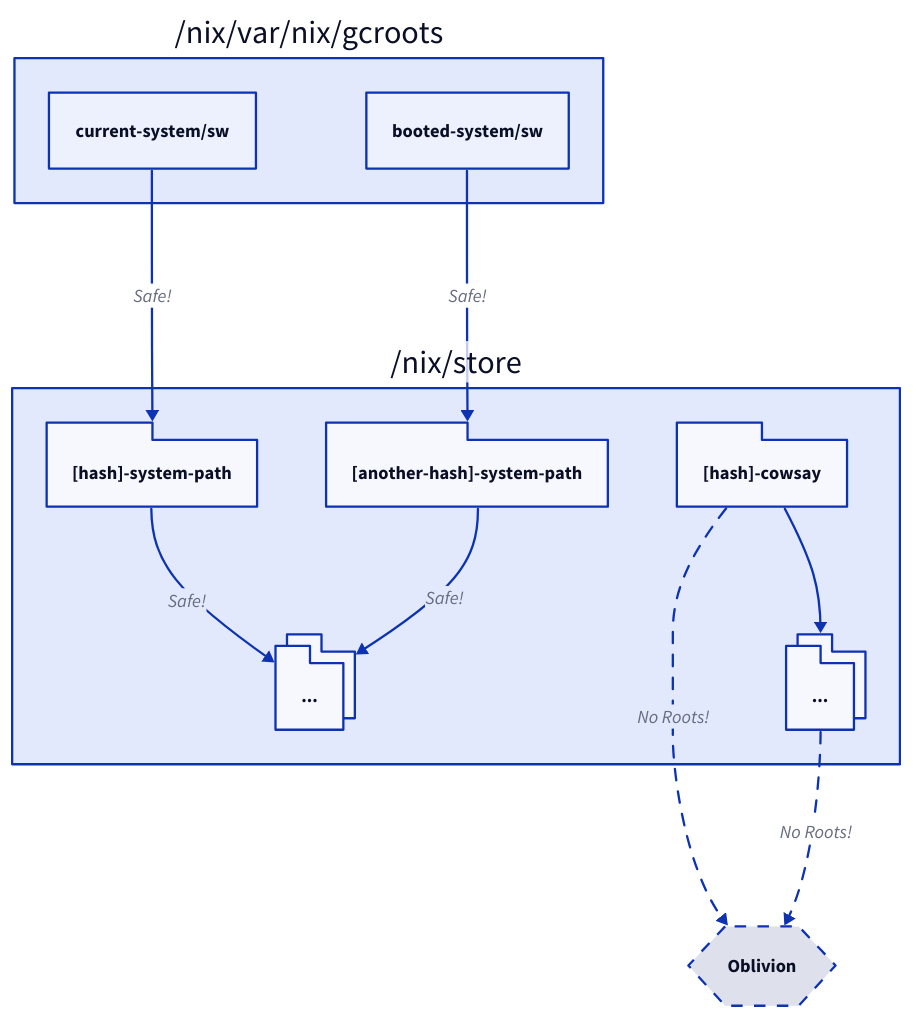
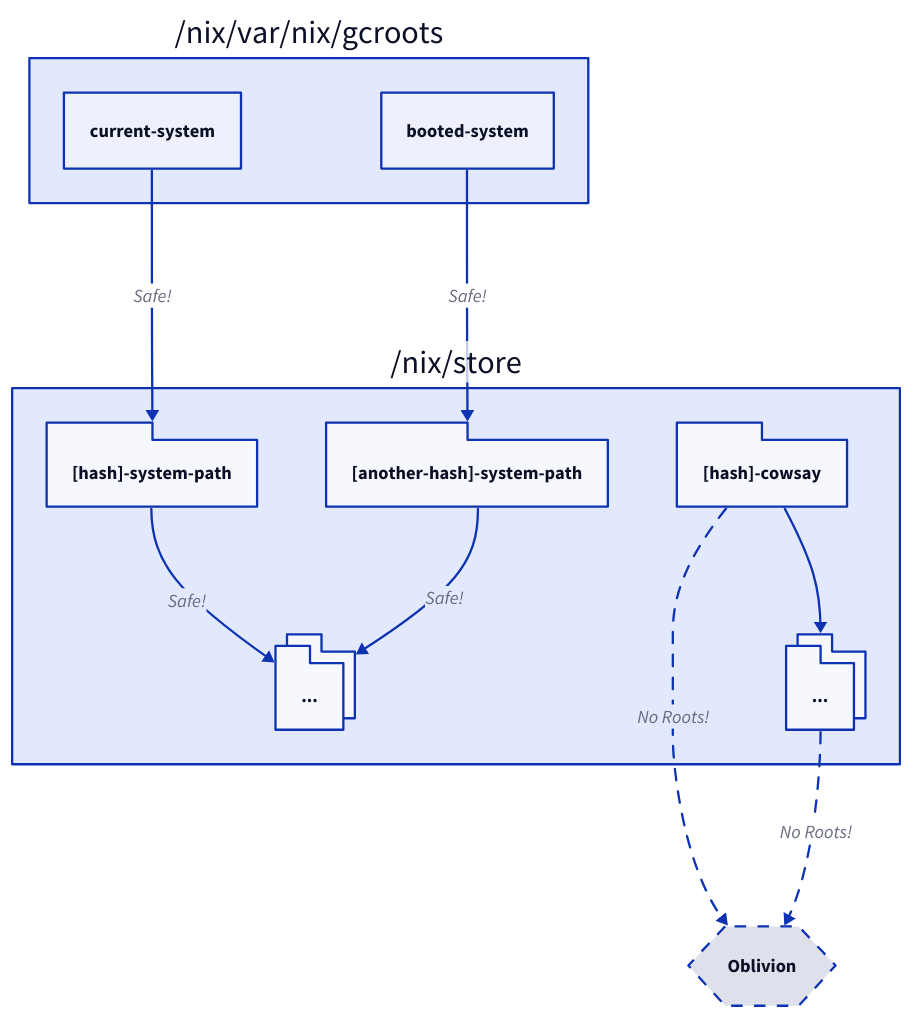
Before and after one commit to Bwc9876/dgang: the eighth of 8 diagrams in src/content/docs/chapters/5.mdx, drawn with D2. The commit also changed other lines of this file and 4 other files, not shown here.

````diff
--- a/src/content/docs/chapters/5.mdx
+++ b/src/content/docs/chapters/5.mdx
@@ -319,36 +313,36 @@
 ```d2
 "/nix/var/nix/gcroots": {
-  "current-system/sw"
-  "booted-system/sw"
+  "current-system"
+  "booted-system"
 }
 
 "/nix/store": {
   "[hash]-system-path": { shape: package }
   "[another-hash]-system-path": { shape: package }
   "[hash]-cowsay": { shape: package }
 
   "..." { 
     shape: package 
     style.multiple: true
   }
 
   ad: "..." { 
     shape: package 
     style.multiple: true
   }
 
   "[hash]-system-path" -> "...": Safe!
   "[another-hash]-system-path" -> "...": Safe!
   "[hash]-cowsay" -> ad
 }
 
 "Oblivion": { 
   shape: hexagon 
   style.stroke-dash: 5
 }
 
-"/nix/var/nix/gcroots"."current-system/sw" -> "/nix/store"."[hash]-system-path": Safe!
-"/nix/var/nix/gcroots"."booted-system/sw" -> "/nix/store"."[another-hash]-system-path": Safe!
+"/nix/var/nix/gcroots"."current-system" -> "/nix/store"."[hash]-system-path": Safe!
+"/nix/var/nix/gcroots"."booted-system" -> "/nix/store"."[another-hash]-system-path": Safe!
 "/nix/store"."[hash]-cowsay" -> "Oblivion": "No Roots!" { style.animated: true }
 "/nix/store".ad -> "Oblivion": "No Roots!" { style.animated: true }
 ```
````
